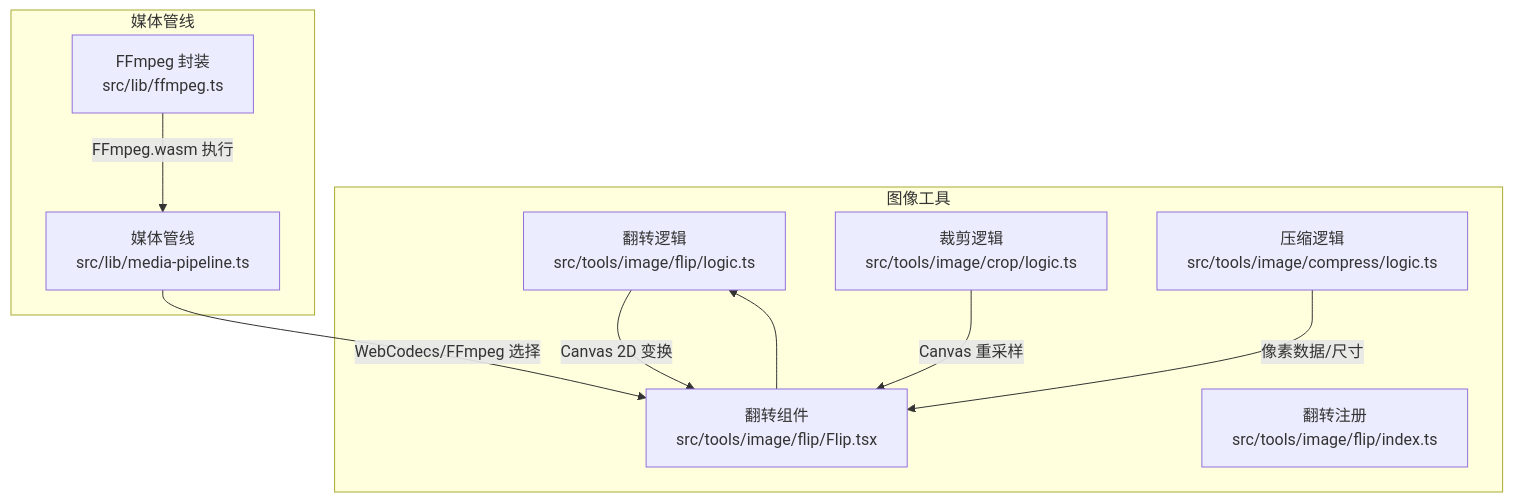
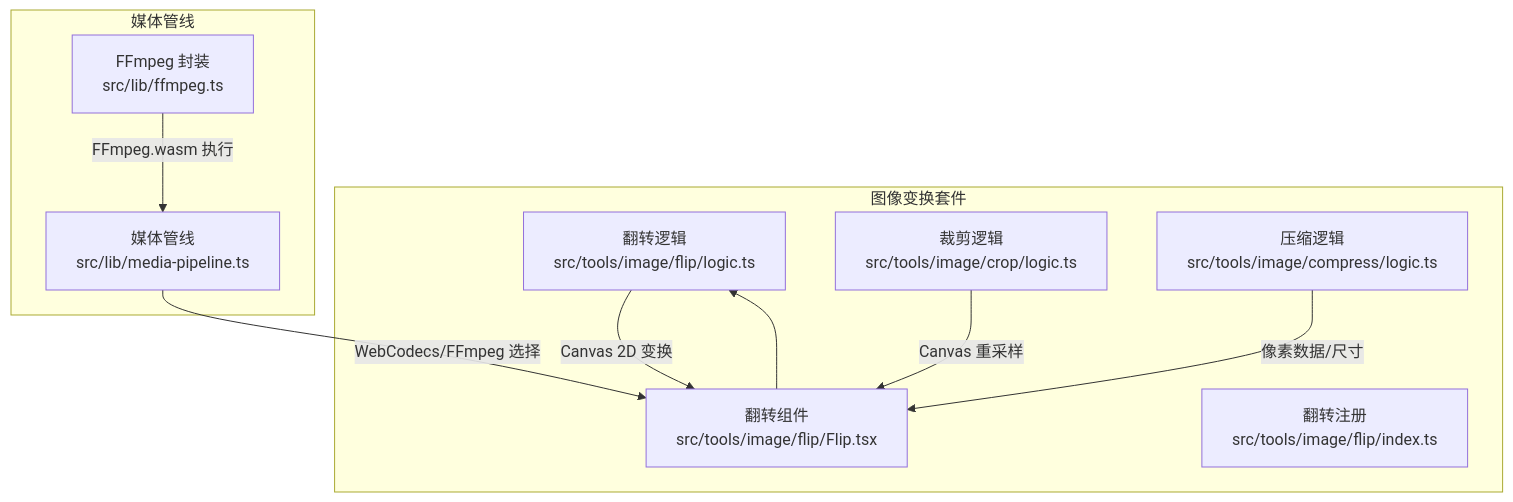
One commit to sgyy/privadeck changed the first of 6 diagrams in .qoder/repowiki/zh/content/图像工具/图像变换.md. Above: the diagram before and after it, drawn with Mermaid. The commit also changed other lines of this file and 27 other files, not shown here.

````diff
--- a/.qoder/repowiki/zh/content/图像工具/图像变换.md
+++ b/.qoder/repowiki/zh/content/图像工具/图像变换.md
@@ -49,20 +60,20 @@
 ```mermaid
 graph TB
-subgraph "图像工具"
+subgraph "图像变换套件"
 FLIP_LOGIC["翻转逻辑<br/>src/tools/image/flip/logic.ts"]
 FLIP_UI["翻转组件<br/>src/tools/image/flip/Flip.tsx"]
 CROP_LOGIC["裁剪逻辑<br/>src/tools/image/crop/logic.ts"]
 COMPRESS_LOGIC["压缩逻辑<br/>src/tools/image/compress/logic.ts"]
 FLIP_INDEX["翻转注册<br/>src/tools/image/flip/index.ts"]
 end
 subgraph "媒体管线"
 MEDIA_PIPE["媒体管线<br/>src/lib/media-pipeline.ts"]
 FFMPEG["FFmpeg 封装<br/>src/lib/ffmpeg.ts"]
 end
 FLIP_UI --> FLIP_LOGIC
 FLIP_LOGIC --> |"Canvas 2D 变换"| FLIP_UI
 CROP_LOGIC --> |"Canvas 重采样"| FLIP_UI
 COMPRESS_LOGIC --> |"像素数据/尺寸"| FLIP_UI
 MEDIA_PIPE --> |"WebCodecs/FFmpeg 选择"| FLIP_UI
 FFMPEG --> |"FFmpeg.wasm 执行"| MEDIA_PIPE
 ```
````
